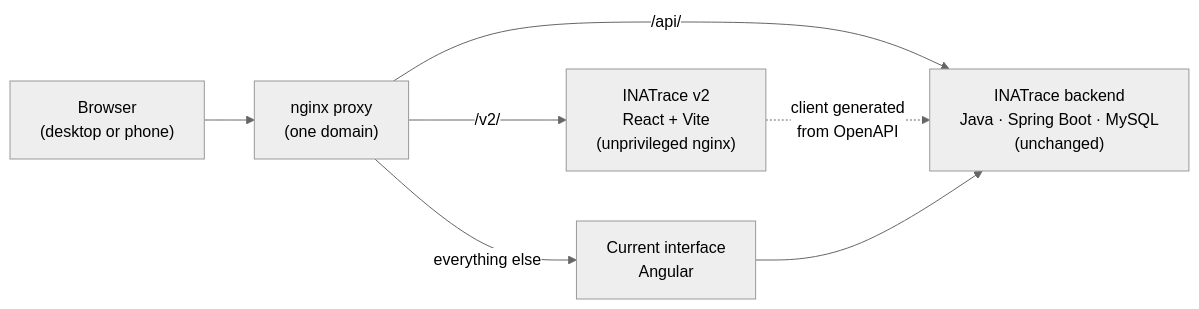
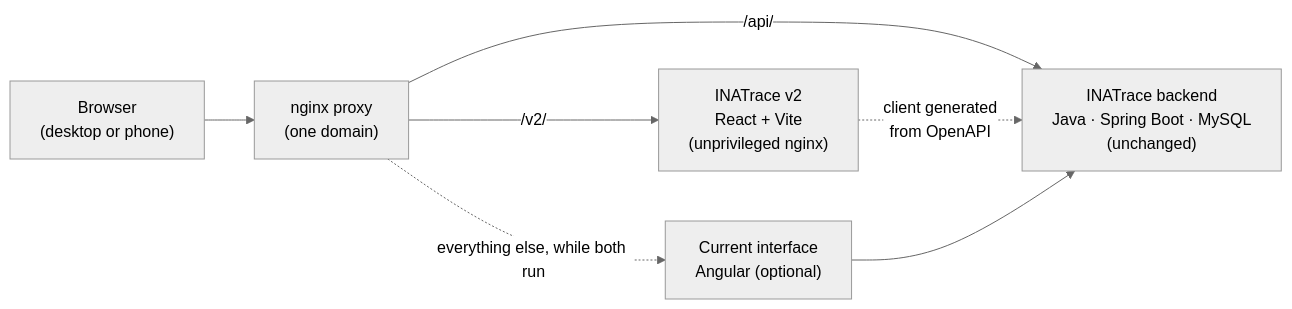
One commit to reiterstahl/inatrace-v2 changed the diagram in README.en.md. Above: the diagram before and after it, drawn with Mermaid (neutral theme). The commit also changed other lines of this file and 36 other files, not shown here.

````diff
--- a/README.en.md
+++ b/README.en.md
@@ -229,9 +232,9 @@
 ```mermaid
 flowchart LR
   U["Browser<br/>(desktop or phone)"] --> P["nginx proxy<br/>(one domain)"]
   P -- "/v2/" --> V2["INATrace v2<br/>React + Vite<br/>(unprivileged nginx)"]
   P -- "/api/" --> B["INATrace backend<br/>Java · Spring Boot · MySQL<br/>(unchanged)"]
-  P -- "everything else" --> A["Current interface<br/>Angular"]
+  P -. "everything else, while both run" .-> A["Current interface<br/>Angular (optional)"]
   V2 -. "client generated<br/>from OpenAPI" .-> B
   A --> B
 ```
````
